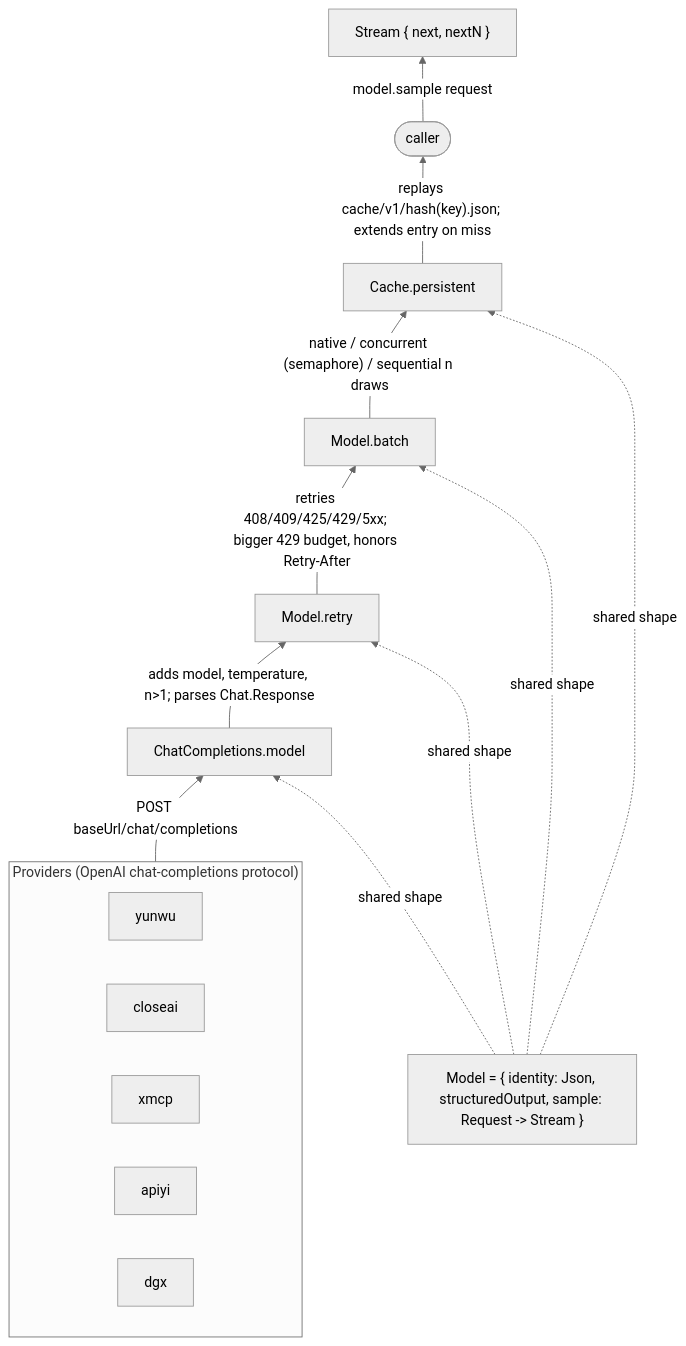
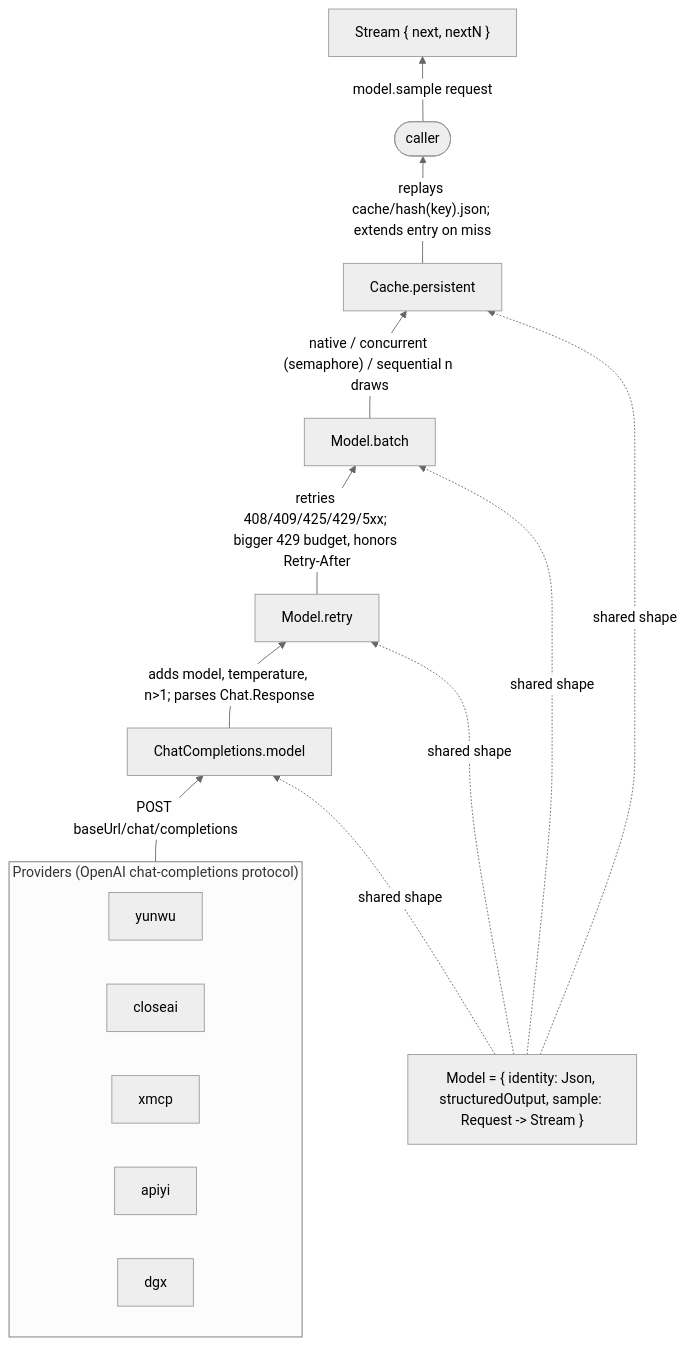
Before and after one commit to pku-xht/alaya: the third of 4 diagrams in docs/llm-api.md, drawn with Mermaid (neutral theme). The commit also changed other lines of this file and 12 other files, not shown here.

````diff
--- a/docs/llm-api.md
+++ b/docs/llm-api.md
@@ -246,31 +246,31 @@
 ```mermaid
 flowchart BT
     subgraph Providers["Providers (OpenAI chat-completions protocol)"]
         direction LR
         yunwu["yunwu"]
         closeai["closeai"]
         xmcp["xmcp"]
         apiyi["apiyi"]
         dgx["dgx"]
     end
 
     Transport["ChatCompletions.model"]
     Retry["Model.retry"]
     Batch["Model.batch"]
     Cache["Cache.persistent"]
     Caller(["caller"])
 
     Providers -- "POST baseUrl/chat/completions" --> Transport
     Transport -- "adds model, temperature, n>1; parses Chat.Response" --> Retry
     Retry -- "retries 408/409/425/429/5xx; bigger 429 budget, honors Retry-After" --> Batch
     Batch -- "native / concurrent (semaphore) / sequential n draws" --> Cache
-    Cache -- "replays cache/v1/hash(key).json; extends entry on miss" --> Caller
+    Cache -- "replays cache/hash(key).json; extends entry on miss" --> Caller
 
     Iface["Model = { identity: Json, structuredOutput, sample: Request -> Stream }"]
     Iface -.shared shape.-> Transport
     Iface -.shared shape.-> Retry
     Iface -.shared shape.-> Batch
     Iface -.shared shape.-> Cache
 
     Caller -- "model.sample request" --> Stream["Stream { next, nextN }"]
 ```
````
